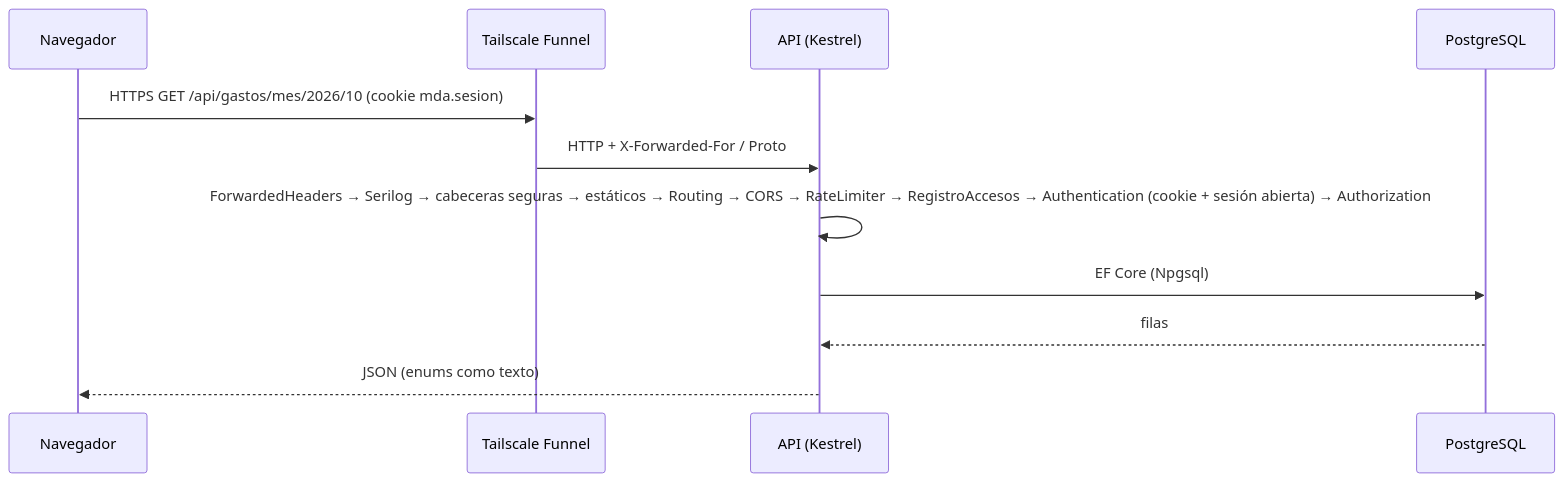
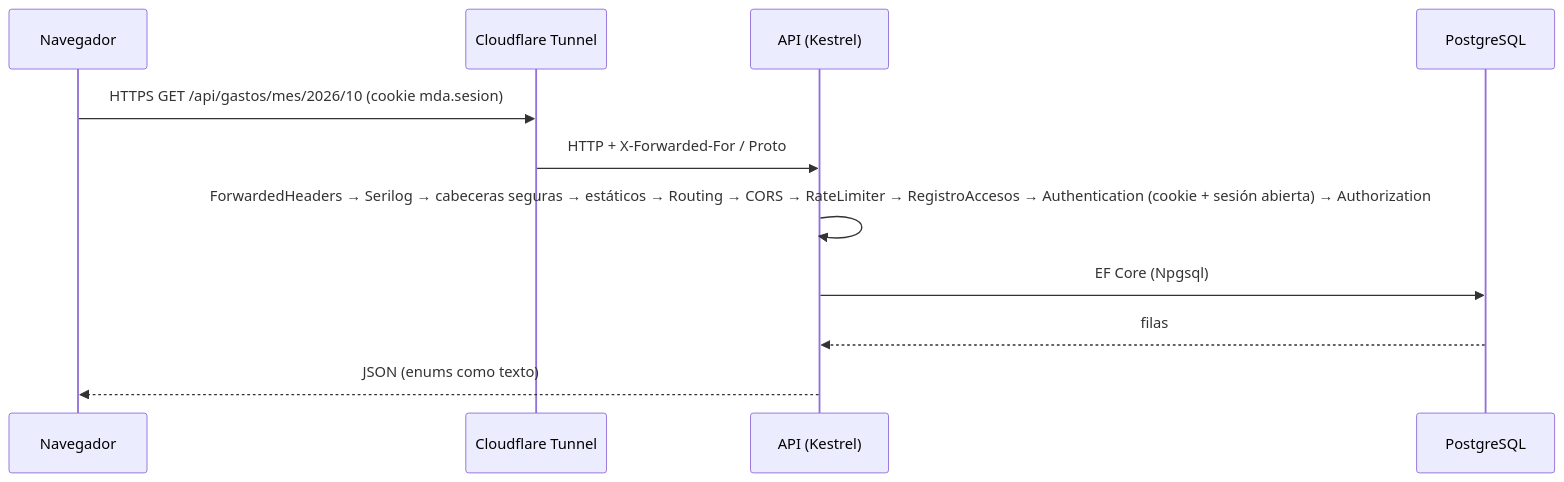
The second of 3 diagrams in docs/01-arquitectura.md (wolverine307mda/zona-privada), drawn with Mermaid before and after one commit. The commit also changed other lines of this file and 10 other files, not shown here.

Commit message:
Documentación: Cloudflare Tunnel en app.wolvem.dev en lugar de Tailscale

````diff
--- a/docs/01-arquitectura.md
+++ b/docs/01-arquitectura.md
@@ -59,13 +56,13 @@
 ```mermaid
 sequenceDiagram
   participant N as Navegador
-  participant T as Tailscale Funnel
+  participant T as Cloudflare Tunnel
   participant A as API (Kestrel)
   participant D as PostgreSQL
   N->>T: HTTPS GET /api/gastos/mes/2026/10 (cookie mda.sesion)
   T->>A: HTTP + X-Forwarded-For / Proto
   A->>A: ForwardedHeaders → Serilog → cabeceras seguras → estáticos → Routing → CORS → RateLimiter → RegistroAccesos → Authentication (cookie + sesión abierta) → Authorization
   A->>D: EF Core (Npgsql)
   D-->>A: filas
   A-->>N: JSON (enums como texto)
 ```
````
